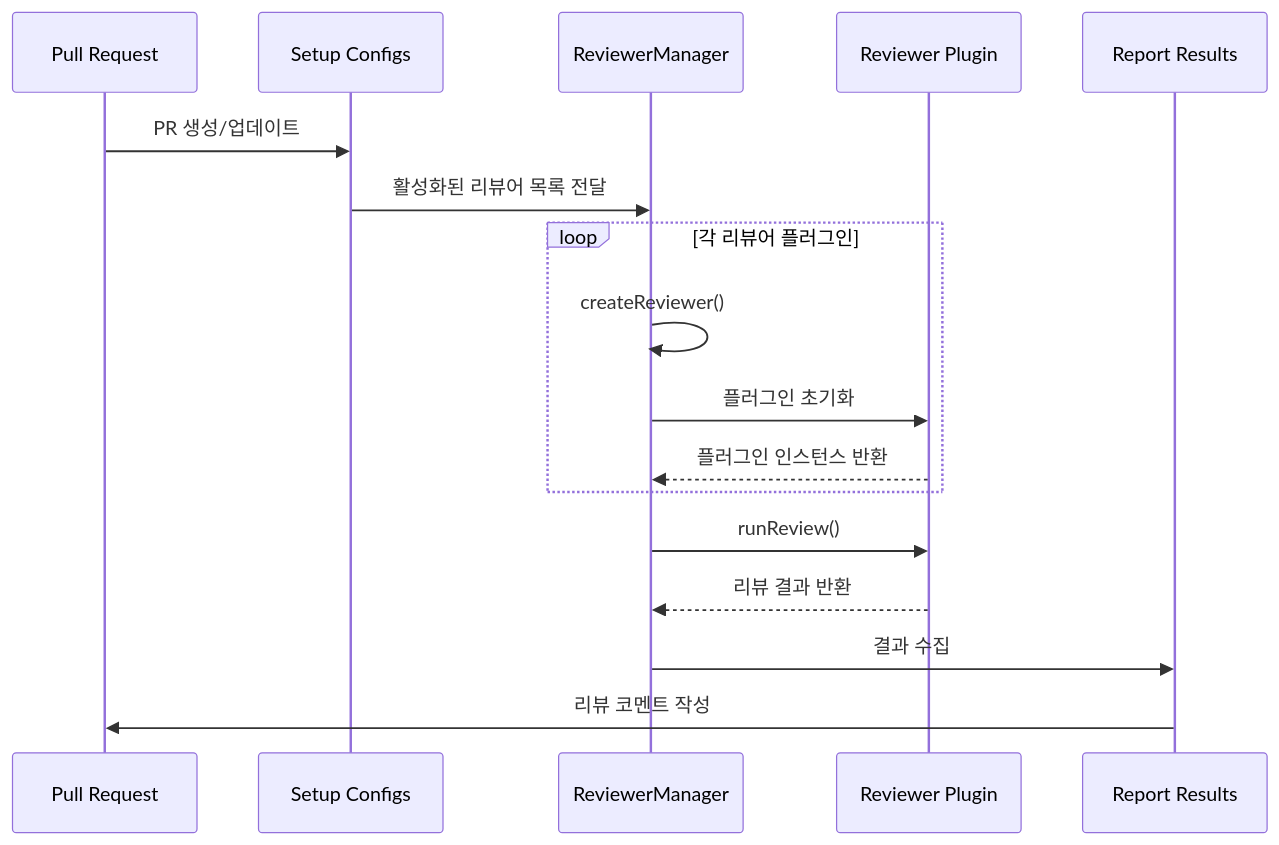
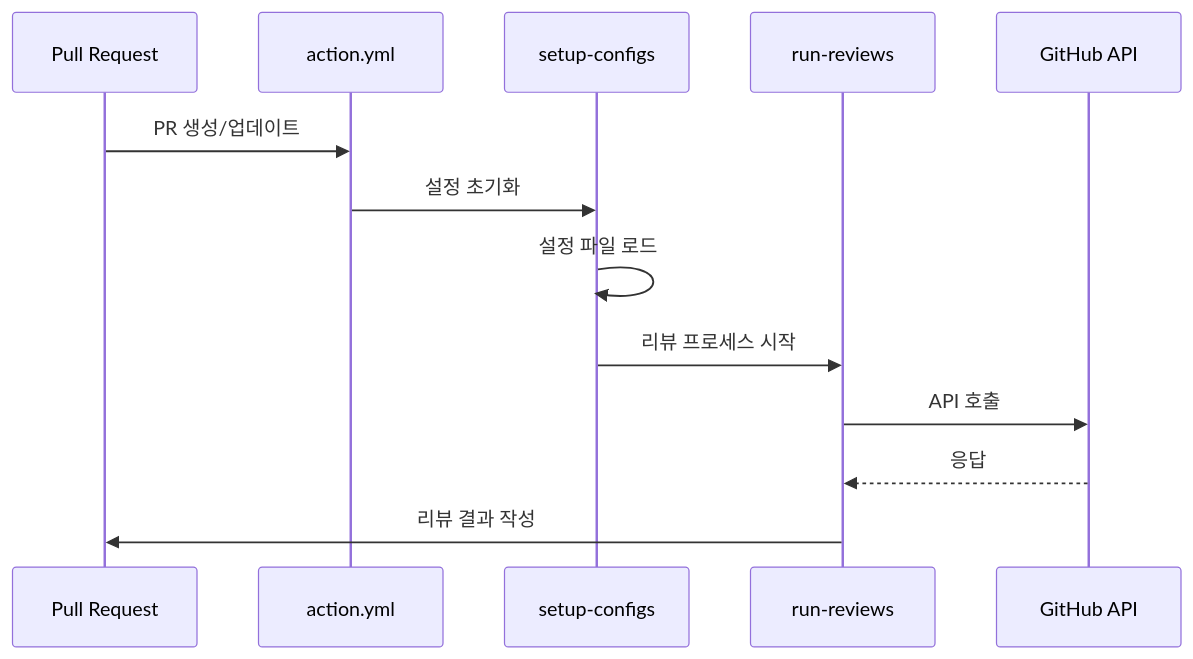
Before and after one commit to jonsoku-dev/gh-custom-reviwers: the fourth of 4 diagrams in 아키텍처.md, drawn with Mermaid. The commit also changed other lines of this file, not shown here.

Commit message:
GitHub Custom Reviewers 문서 업데이트: GitHub Action의 특성과 빌드 요구사항 추가, 플러그인 아키텍처 및 시스템 상세 설명 보강, 빌드 프로세스 및 실행 프로세스에 대한 다이어그램 수정

````diff
--- a/아키텍처.md
+++ b/아키텍처.md
@@ -57,22 +206,16 @@
 ```mermaid
 sequenceDiagram
     participant PR as Pull Request
-    participant Config as Setup Configs
-    participant Manager as ReviewerManager
-    participant Reviewer as Reviewer Plugin
-    participant Report as Report Results
+    participant Action as action.yml
+    participant Setup as setup-configs
+    participant Review as run-reviews
+    participant GitHub as GitHub API
 
-    PR->>Config: PR 생성/업데이트
-    Config->>Manager: 활성화된 리뷰어 목록 전달
-    
-    loop 각 리뷰어 플러그인
-        Manager->>Manager: createReviewer()
-        Manager->>Reviewer: 플러그인 초기화
-        Reviewer-->>Manager: 플러그인 인스턴스 반환
-    end
-    
-    Manager->>Reviewer: runReview()
-    Reviewer-->>Manager: 리뷰 결과 반환
-    Manager->>Report: 결과 수집
-    Report->>PR: 리뷰 코멘트 작성
+    PR->>Action: PR 생성/업데이트
+    Action->>Setup: 설정 초기화
+    Setup->>Setup: 설정 파일 로드
+    Setup->>Review: 리뷰 프로세스 시작
+    Review->>GitHub: API 호출
+    GitHub-->>Review: 응답
+    Review->>PR: 리뷰 결과 작성
 ```
````
